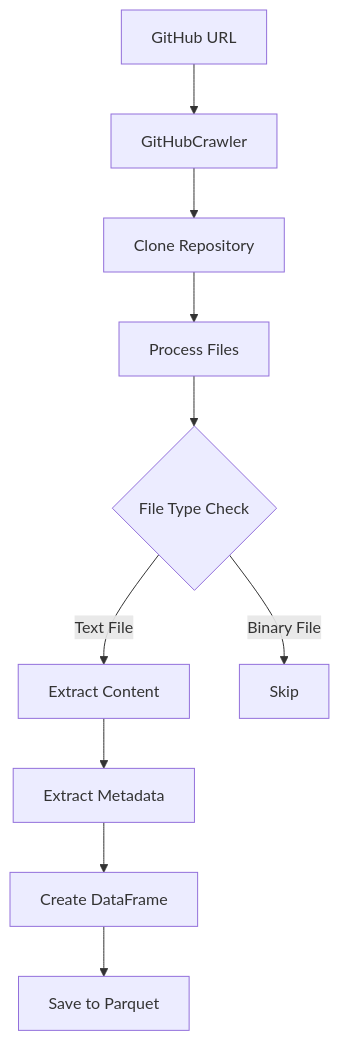
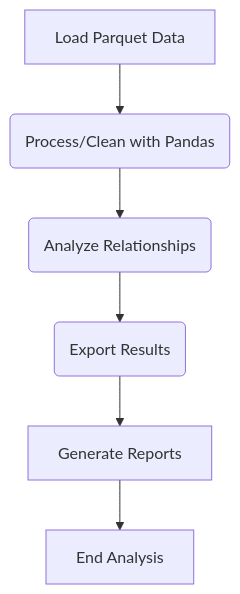
The fourth of 5 diagrams in docs/Specification.md (Ollama-Agent-Roll-Cage/oarc-crawlers), drawn with Mermaid before and after one commit. The commit also changed other lines of this file and 2 other files, not shown here.

````diff
--- a/docs/Specification.md
+++ b/docs/Specification.md
@@ -268,12 +209,8 @@
 ```mermaid
-flowchart TD
-    A[GitHub URL] --> B[GitHubCrawler]
-    B --> C[Clone Repository]
-    C --> D[Process Files]
-    D --> E{File Type Check}
-    E -->|Text File| F[Extract Content]
-    E -->|Binary File| G[Skip]
-    F --> H[Extract Metadata]
-    H --> I[Create DataFrame]
-    I --> J[Save to Parquet]
+graph TD
+    A[Load Parquet Data] --> B(Process/Clean with Pandas);
+    B --> C(Analyze Relationships);
+    C --> D(Export Results);
+    D --> E[Generate Reports];
+    E --> F[End Analysis];
 ```
````
